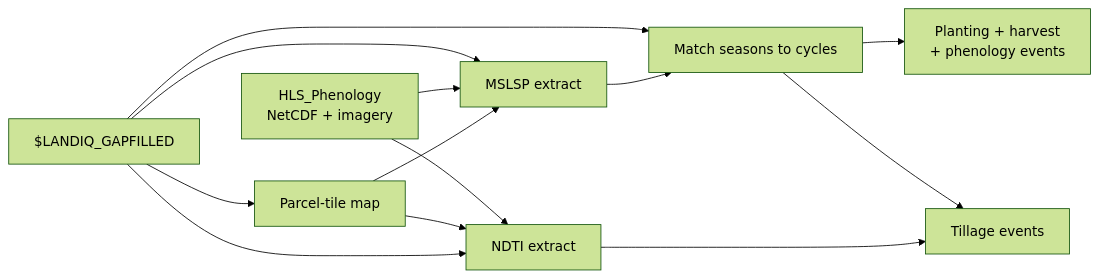
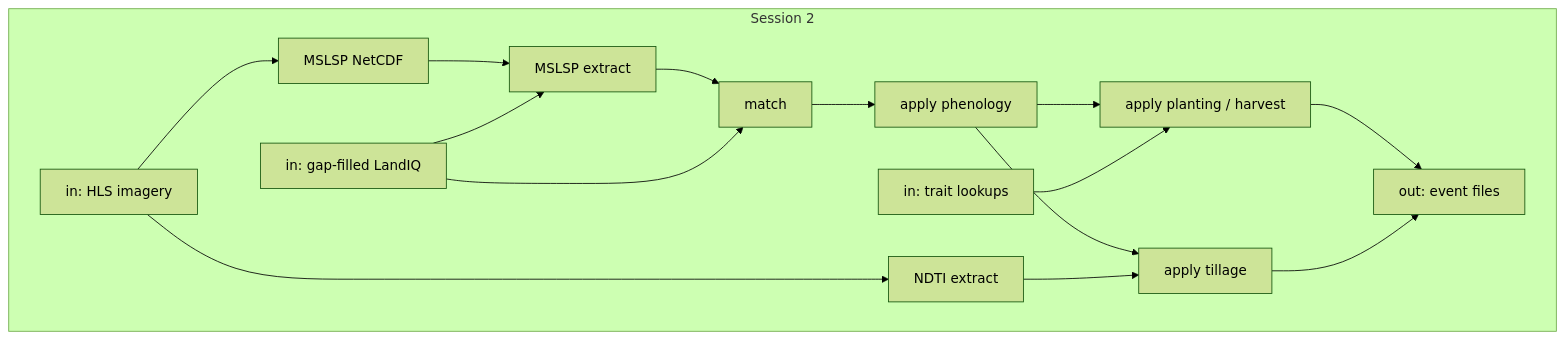
The second of 2 diagrams in modules/data.remote/inst/ccmmf/documentation/sessions/02-phenology.md (PecanProject/pecan), drawn with Mermaid (forest theme) before and after one commit. The commit also changed other lines of this file and 86 other files, not shown here.

````diff
--- a/modules/data.remote/inst/ccmmf/documentation/sessions/02-phenology.md
+++ b/modules/data.remote/inst/ccmmf/documentation/sessions/02-phenology.md
@@ -23,15 +24,19 @@
 ```mermaid
 flowchart LR
-  LANDIQ["$LANDIQ_GAPFILLED"] --> MAP["Parcel-tile map"]
-  LANDIQ --> MSLSP["MSLSP extract"]
-  LANDIQ --> MATCH["Match seasons to cycles"]
-  HLS["HLS_Phenology\nNetCDF + imagery"] --> MSLSP
-  MAP --> MSLSP
-  MSLSP --> MATCH
-  MATCH --> EV1["Planting + harvest\n+ phenology events"]
-  HLS --> NDTI["NDTI extract"]
-  MAP --> NDTI
-  LANDIQ --> NDTI
-  MATCH --> EV2["Tillage events"]
-  NDTI --> EV2
+  subgraph S2["Session 2"]
+    direction LR
+    HLS["in: HLS imagery"] --> NC["MSLSP NetCDF"]
+    NC --> EXT["MSLSP extract"]
+    LIQ["in: gap-filled LandIQ"] --> EXT
+    EXT --> MATCH["match"]
+    LIQ --> MATCH
+    MATCH --> GF["apply phenology"]
+    GF --> PLANT["apply planting / harvest"]
+    LOOK["in: trait lookups"] --> PLANT
+    HLS --> NDTI["NDTI extract"]
+    GF --> TILL["apply tillage"]
+    NDTI --> TILL
+    PLANT --> EV["out: event files"]
+    TILL --> EV
+  end
 ```
````
